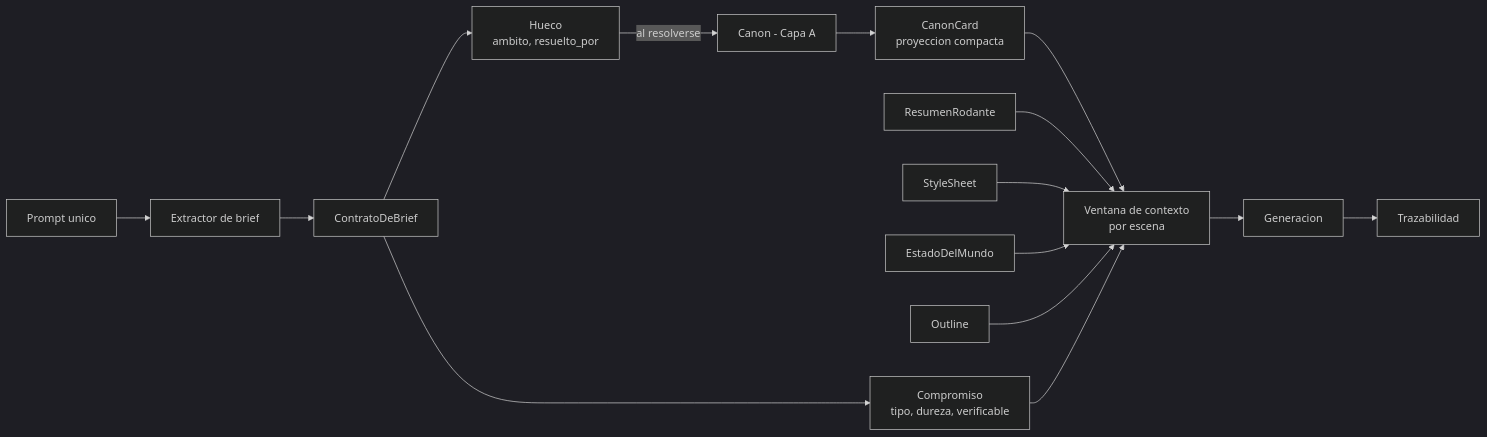
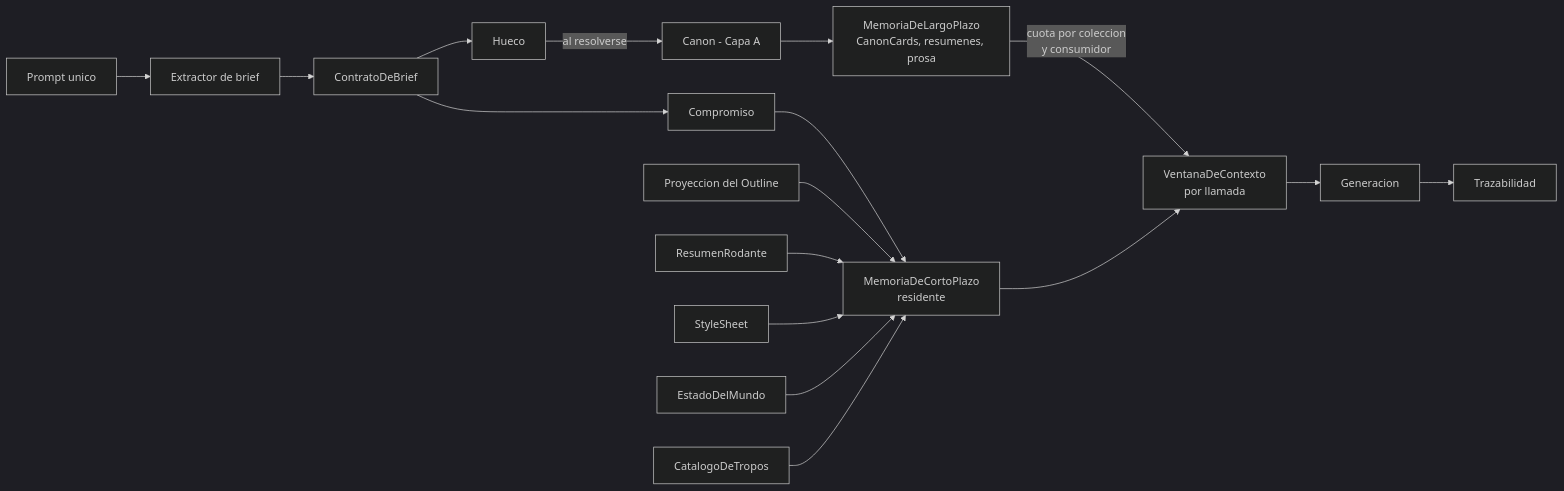
One commit to JNico-rb/story-maker changed the second of 10 diagrams in docs/architecture.md. Above: the diagram before and after it, drawn with Mermaid (dark theme). The commit also changed other lines of this file and 10 other files, not shown here.

````diff
--- a/docs/architecture.md
+++ b/docs/architecture.md
@@ -81,20 +83,22 @@
 ```mermaid
 graph LR
     SEM[Prompt unico] --> EXT[Extractor de brief]
     EXT --> CB[ContratoDeBrief]
-    CB --> COMP[Compromiso<br/>tipo, dureza, verificable]
-    CB --> HUE[Hueco<br/>ambito, resuelto_por]
+    CB --> COMP[Compromiso]
+    CB --> HUE[Hueco]
 
     HUE -->|al resolverse| CANON[Canon - Capa A]
+    CANON --> MLP[MemoriaDeLargoPlazo<br/>CanonCards, resumenes, prosa]
+    MLP -->|cuota por coleccion<br/>y consumidor| VC
 
-    CANON --> CC[CanonCard<br/>proyeccion compacta]
-    CC --> CTX
-    RR[ResumenRodante] --> CTX
-    SS[StyleSheet] --> CTX
-    EDM[EstadoDelMundo] --> CTX
-    OUT[Outline] --> CTX
-    COMP --> CTX
+    COMP --> MCP
+    POUT[Proyeccion del Outline] --> MCP
+    RR[ResumenRodante] --> MCP
+    SS[StyleSheet] --> MCP
+    EDM[EstadoDelMundo] --> MCP
+    CAT[CatalogoDeTropos] --> MCP
+    MCP[MemoriaDeCortoPlazo<br/>residente] --> VC
 
-    CTX[Ventana de contexto<br/>por escena] --> GEN[Generacion]
+    VC[VentanaDeContexto<br/>por llamada] --> GEN[Generacion]
     GEN --> TRZ[Trazabilidad]
 ```
````
